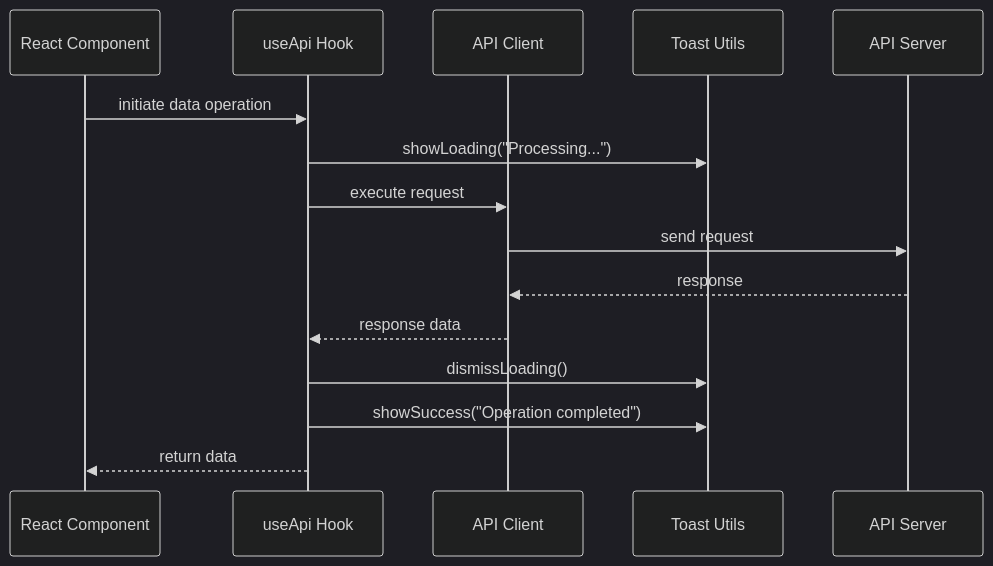
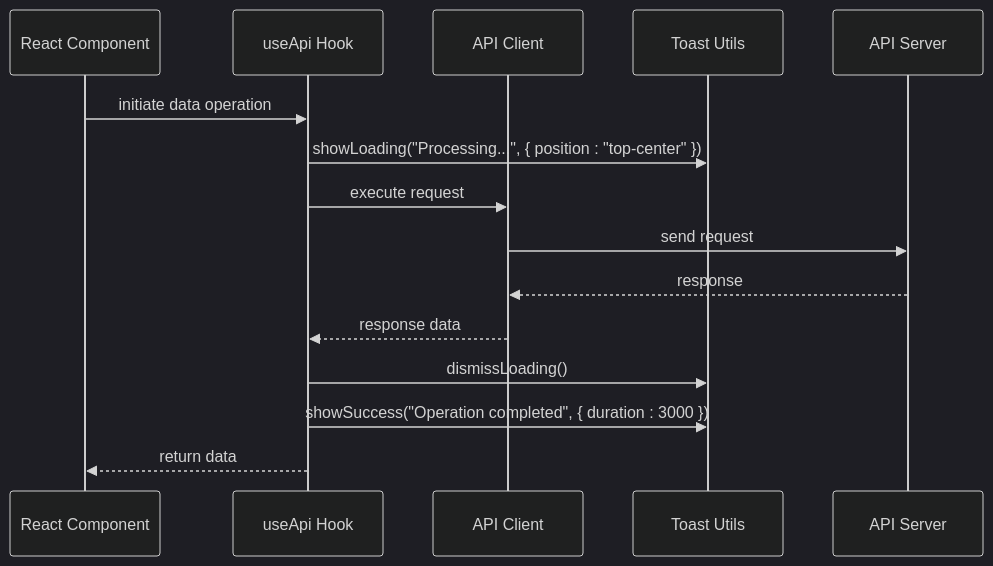
Before and after one commit to Aryan9060/Timetable-Project: the fifth of 7 diagrams in .qoder/repowiki/en/content/Frontend Architecture/Toast Notification System.md, drawn with Mermaid (dark theme). The commit also changed other lines of this file and 48 other files, not shown here.

````diff
--- a/.qoder/repowiki/en/content/Frontend Architecture/Toast Notification System.md
+++ b/.qoder/repowiki/en/content/Frontend Architecture/Toast Notification System.md
@@ -185,17 +192,17 @@
 ```mermaid
 sequenceDiagram
 participant Component as React Component
 participant APIHook as useApi Hook
 participant APIClient as API Client
 participant ToastUtil as Toast Utils
 participant Server as API Server
 Component->>APIHook : initiate data operation
-APIHook->>ToastUtil : showLoading("Processing...")
+APIHook->>ToastUtil : showLoading("Processing...", { position : "top-center" })
 APIHook->>APIClient : execute request
 APIClient->>Server : send request
 Server-->>APIClient : response
 APIClient-->>APIHook : response data
 APIHook->>ToastUtil : dismissLoading()
-APIHook->>ToastUtil : showSuccess("Operation completed")
+APIHook->>ToastUtil : showSuccess("Operation completed", { duration : 3000 })
 APIHook-->>Component : return data
 ```
````
